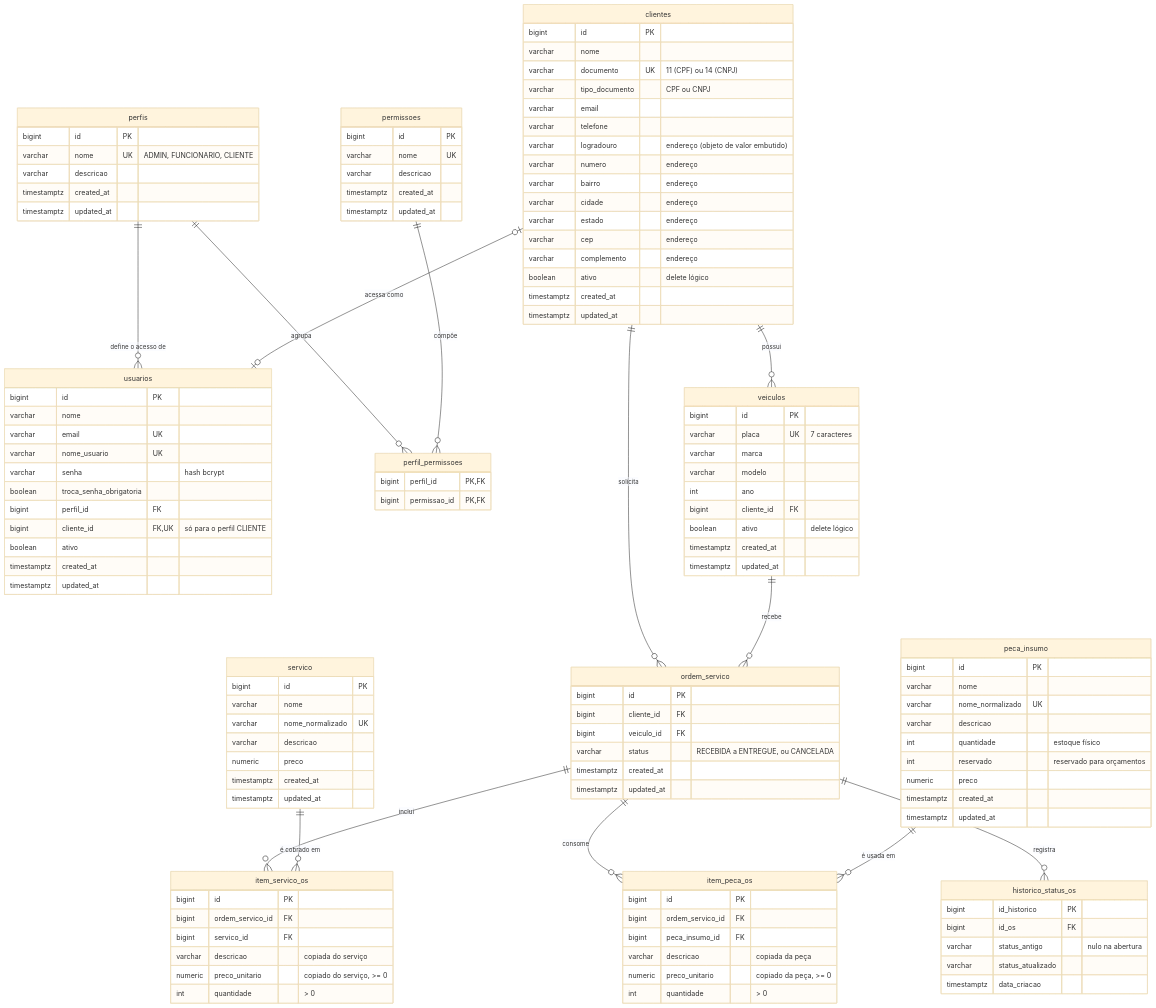
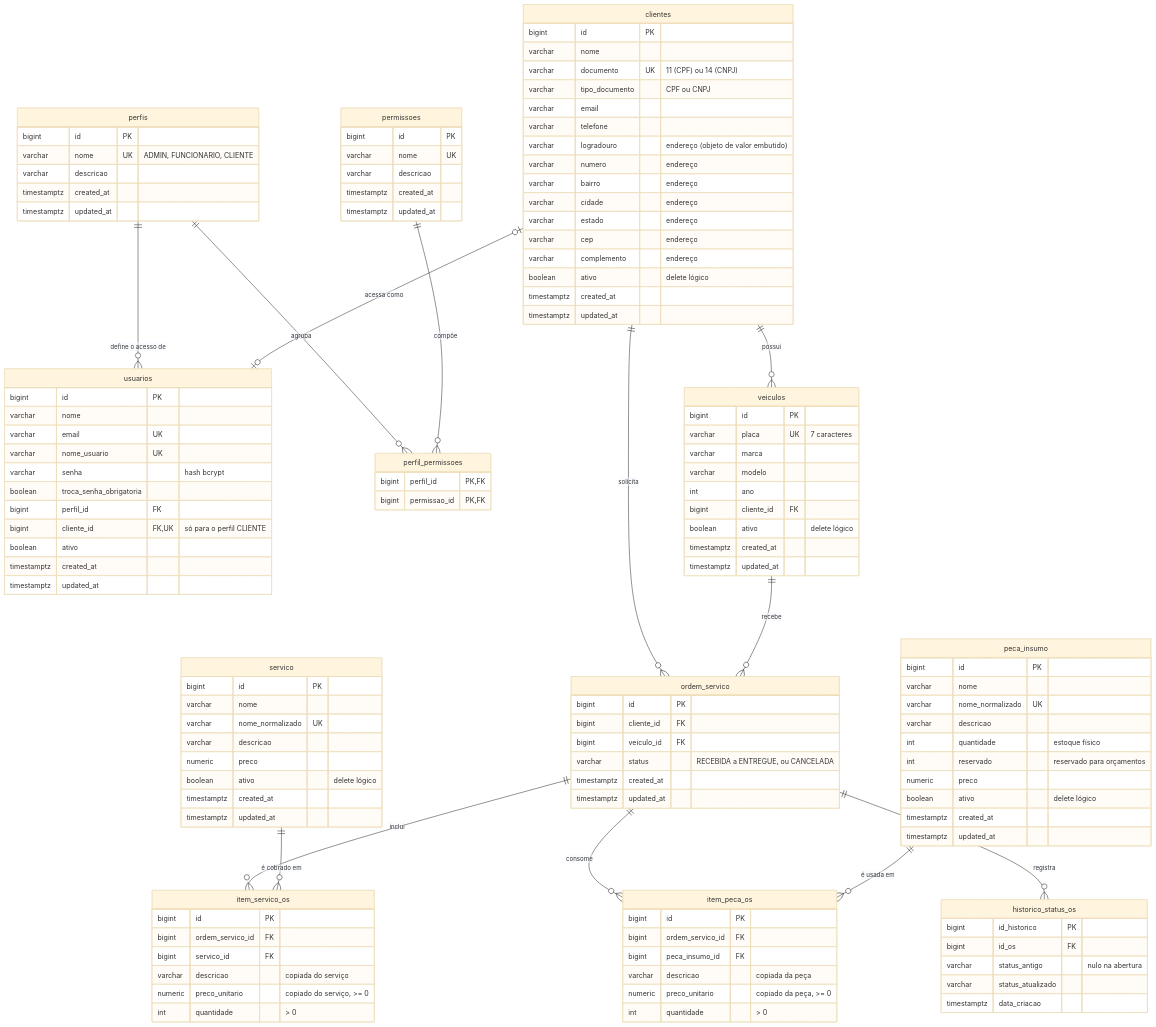
The diagram in docs/arquitetura/der-banco-de-dados.md (18SOAT-Grupo-26/oficina-mecanica-api), drawn with Mermaid (base theme) before and after one commit. The commit also changed other lines of this file and 3 other files, not shown here.

```diff
--- a/docs/arquitetura/der-banco-de-dados.md
+++ b/docs/arquitetura/der-banco-de-dados.md
@@ -94,6 +94,7 @@
         varchar nome_normalizado UK
         varchar descricao
         numeric preco
+        boolean ativo "delete lógico"
         timestamptz created_at
         timestamptz updated_at
     }
@@ -105,6 +106,7 @@
         int quantidade "estoque físico"
         int reservado "reservado para orçamentos"
         numeric preco
+        boolean ativo "delete lógico"
         timestamptz created_at
         timestamptz updated_at
     }
```
